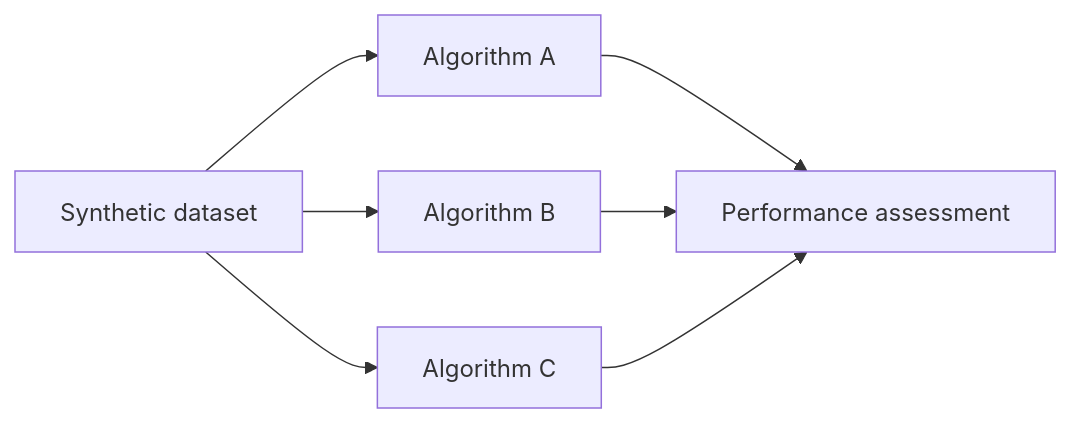
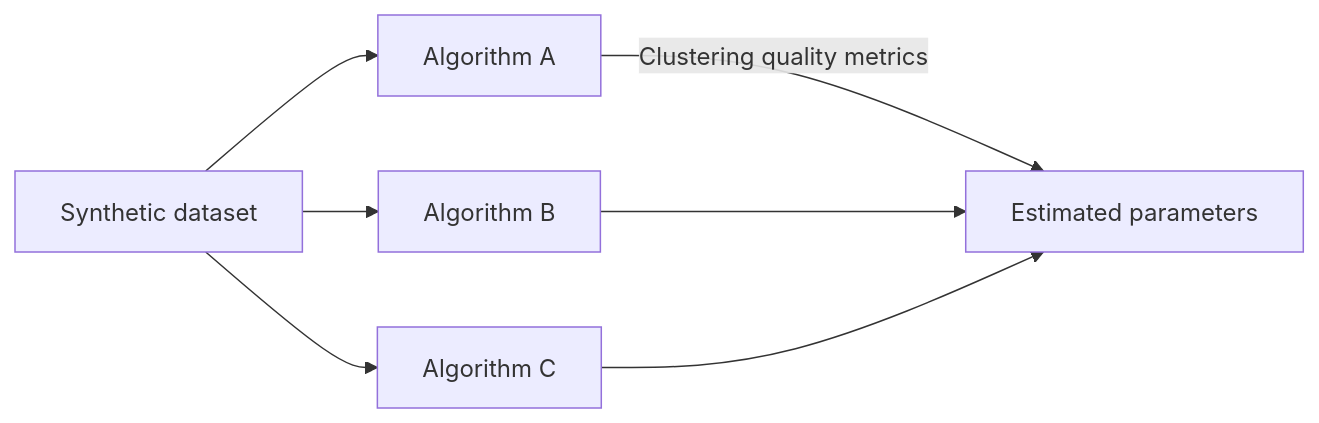
One commit to GustavoRodovalho/SynthDataGen changed the third of 3 diagrams in README.md. Above: the diagram before and after it, drawn with Mermaid. The commit also changed other lines of this file, not shown here.

````diff
--- a/README.md
+++ b/README.md
@@ -40,10 +43,10 @@
 ```mermaid
 flowchart LR
-    G[Synthetic dataset] --> H1[Algorithm A]
-    G --> H2[Algorithm B]
-    G --> H3[Algorithm C]
+    J[Synthetic dataset] --> K1[Algorithm A]
+    J --> K2[Algorithm B]
+    J --> K3[Algorithm C]
 
-    H1 --> I[Performance assessment]
-    H2 --> I
-    H3 --> I
+    K1 --> |Clustering quality metrics| L[Estimated parameters]
+    K2 --> L
+    K3 --> L
 ```
````
